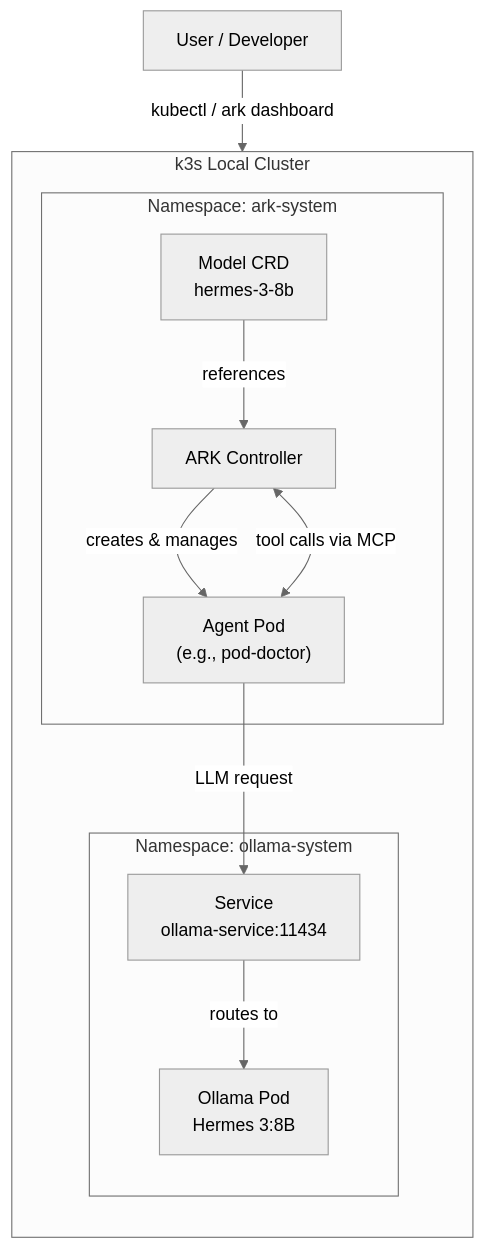
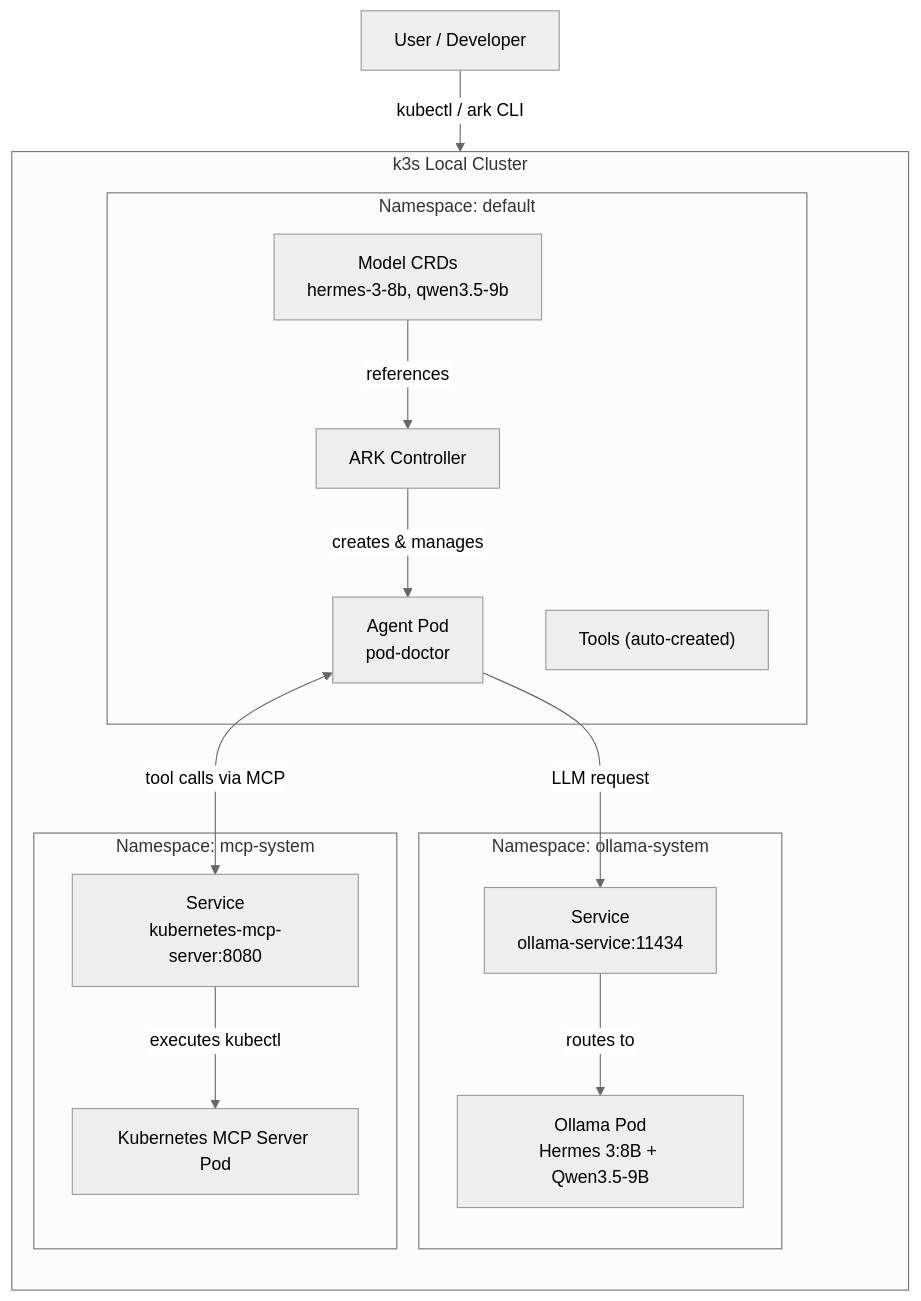
One commit to dysonfrost/arkollama-k3s changed the diagram in docs/architecture.md. Above: the diagram before and after it, drawn with Mermaid (neutral theme). The commit also changed other lines of this file, not shown here.

Commit message:
docs(architecture): reflect MCP server and dual model setup

````diff
--- a/docs/architecture.md
+++ b/docs/architecture.md
@@ -3,27 +3,35 @@
 ```mermaid
 flowchart TD
-    A[User / Developer] -->|kubectl / ark dashboard| B[k3s Cluster]
+    A[User / Developer] -->|kubectl / ark CLI| B[k3s Cluster]
 
     subgraph B [k3s Local Cluster]
         direction TB
         C[Ollama Namespace]
         D[ARK Namespace]
+        E[MCP Server Namespace]
     end
 
     subgraph C [Namespace: ollama-system]
-        C1[Ollama Pod<br>Hermes 3:8B]
+        C1[Ollama Pod<br>Hermes 3:8B + Qwen3.5‑9B]
         C2[Service<br>ollama-service:11434]
     end
 
-    subgraph D [Namespace: ark-system]
+    subgraph D [Namespace: default]
         D1[ARK Controller]
-        D2["Agent Pod<br>(e.g., pod-doctor)"]
-        D3[Model CRD<br>hermes-3-8b]
+        D2[Agent Pod<br>pod-doctor]
+        D3[Model CRDs<br>hermes-3-8b, qwen3.5-9b]
+        D4["Tools (auto‑created)"]
+    end
+
+    subgraph E [Namespace: mcp-system]
+        E1[Kubernetes MCP Server Pod]
+        E2[Service<br>kubernetes-mcp-server:8080]
     end
 
     D3 -->|references| D1
     D1 -->|creates & manages| D2
-    D2 <-->|tool calls via MCP| D1
     D2 -->|LLM request| C2
     C2 -->|routes to| C1
+    D2 <-->|tool calls via MCP| E2
+    E2 -->|executes kubectl| E1
 ```
````
